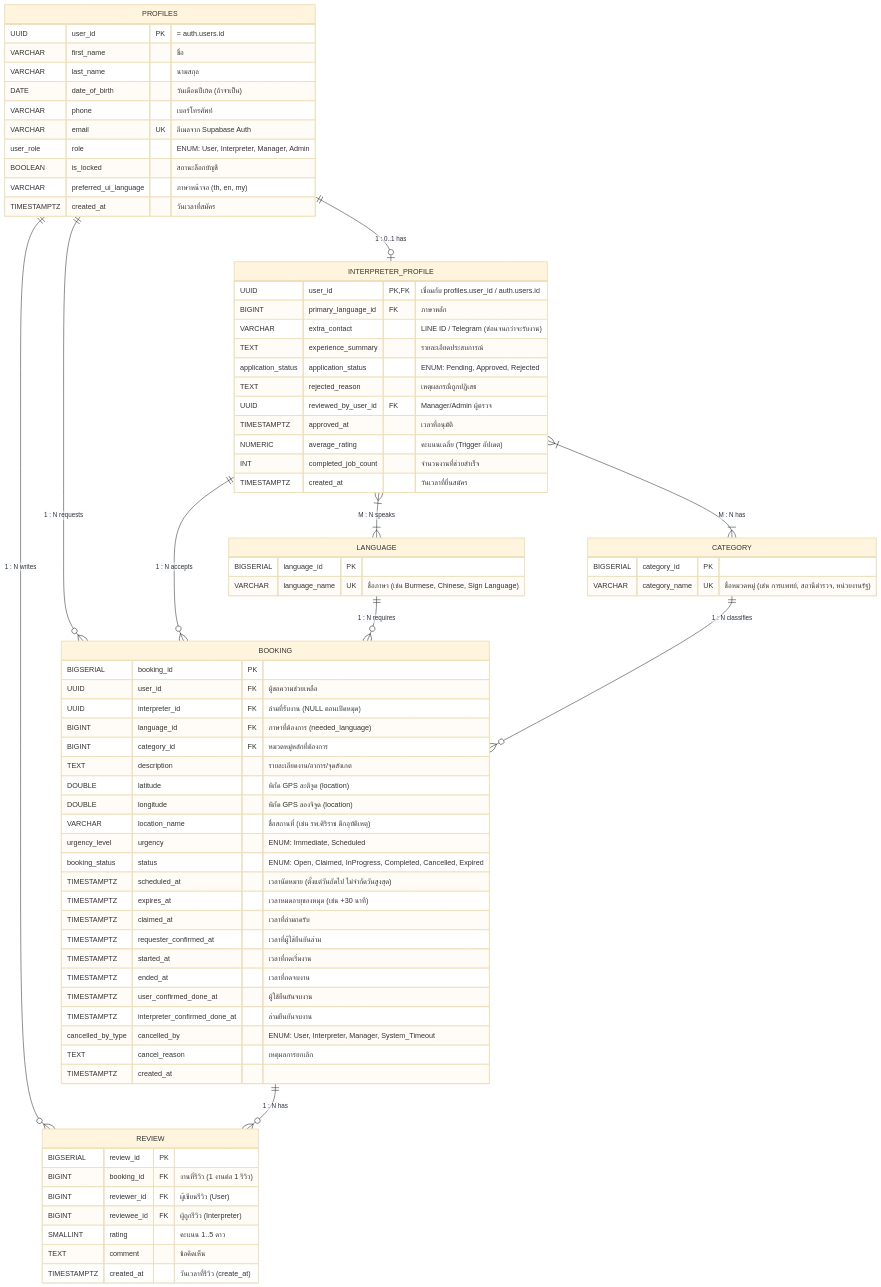
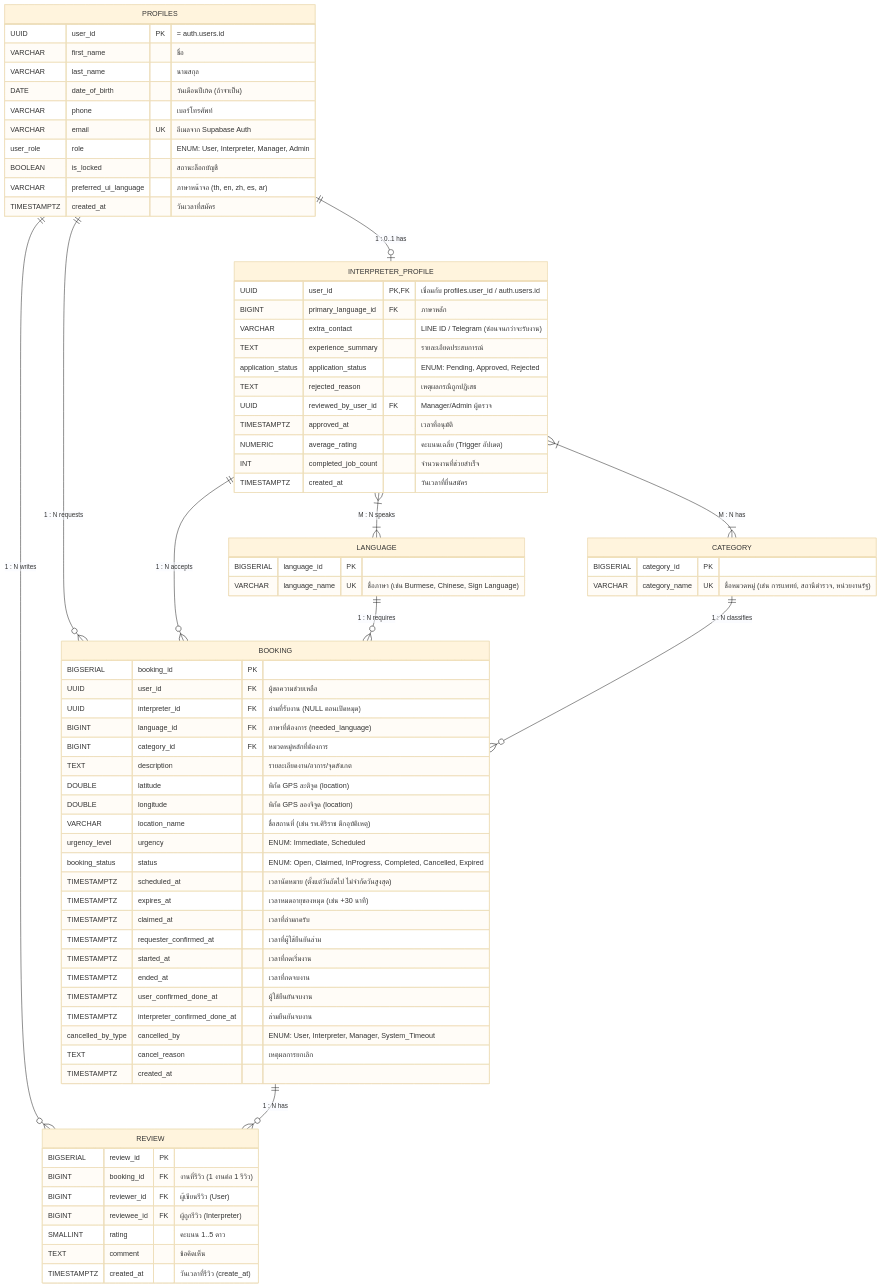
The second of 3 diagrams in detail.md (OnisawanO/khvi-helper), drawn with Mermaid (base theme) before and after one commit. The commit also changed other lines of this file and 23 other files, not shown here.

```diff
--- a/detail.md
+++ b/detail.md
@@ -244,7 +244,7 @@
         VARCHAR email UK "อีเมลจาก Supabase Auth"
         user_role role "ENUM: User, Interpreter, Manager, Admin"
         BOOLEAN is_locked "สถานะล็อกบัญชี"
-        VARCHAR preferred_ui_language "ภาษาหน้าจอ (th, en, my)"
+        VARCHAR preferred_ui_language "ภาษาหน้าจอ (th, en, zh, es, ar)"
         TIMESTAMPTZ created_at "วันเวลาที่สมัคร"
     }
 
```
